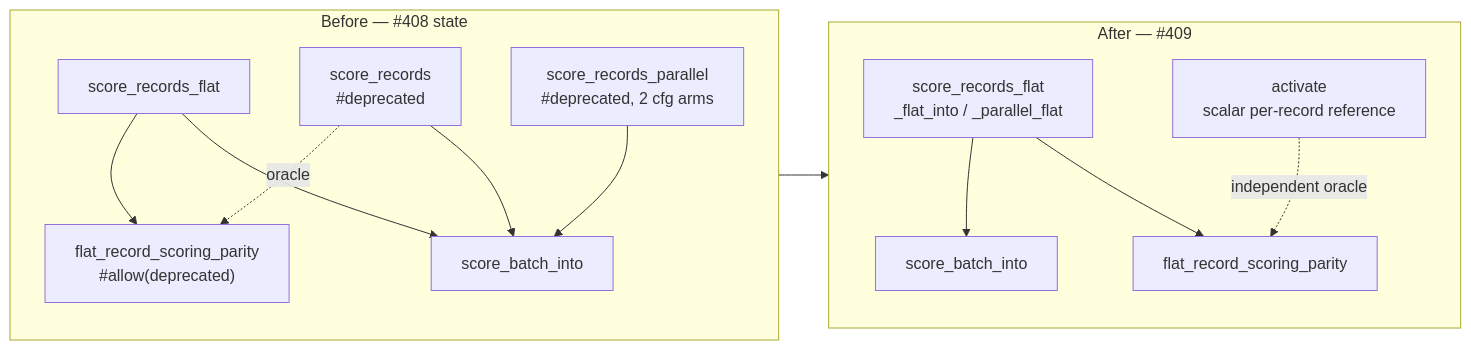
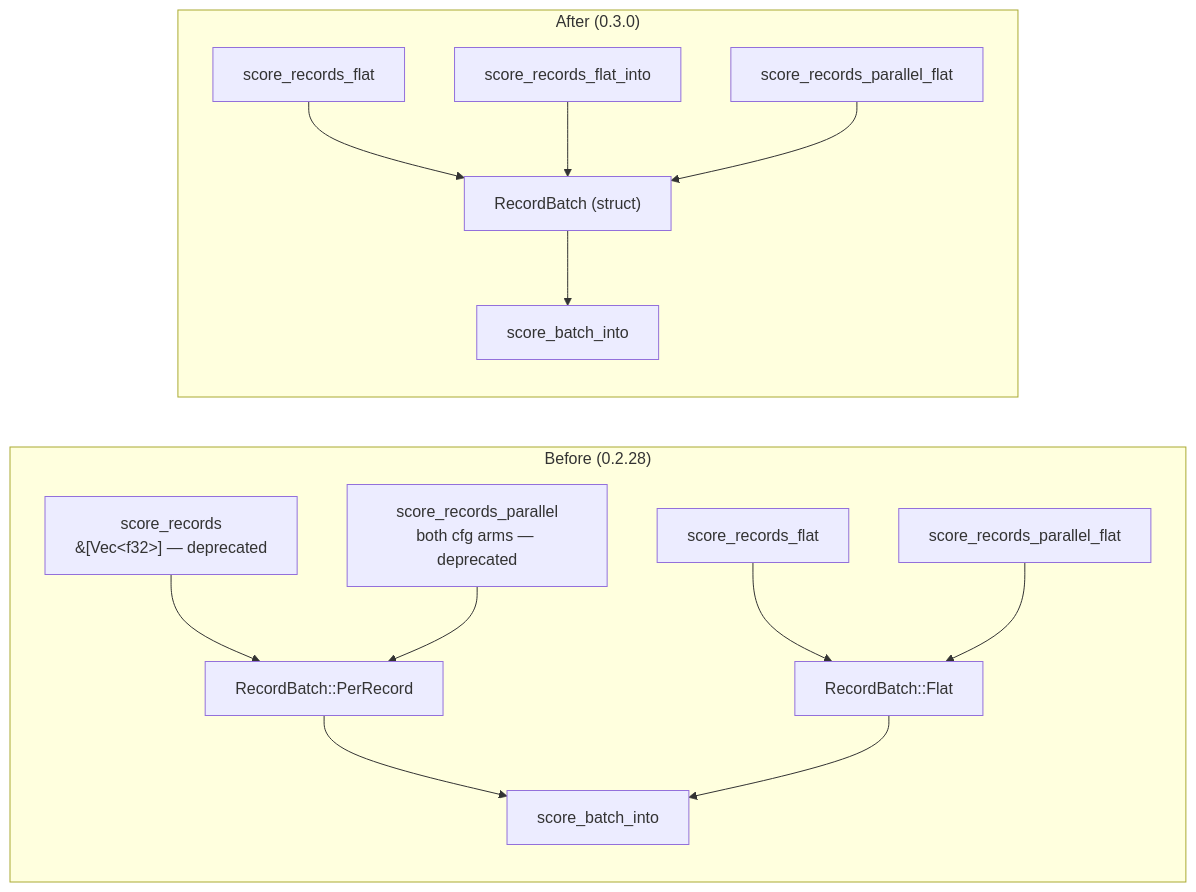
One commit to stSoftwareAU/NEAT-AI-core changed the diagram in docs/archive/pr-summaries/pr-summary-409.md. Above: the diagram before and after it, drawn with Mermaid. The commit also changed other lines of this file, not shown here.

````diff
--- a/docs/archive/pr-summaries/pr-summary-409.md
+++ b/docs/archive/pr-summaries/pr-summary-409.md
@@ -56,16 +34,17 @@
 ```mermaid
 flowchart LR
-    subgraph Before["Before — #408 state"]
-        A1["score_records_flat"] --> K1["score_batch_into"]
-        B1["score_records<br/>#deprecated"] --> K1
-        C1["score_records_parallel<br/>#deprecated, 2 cfg arms"] --> K1
-        B1 -.->|oracle| T1["flat_record_scoring_parity<br/>#allow(deprecated)"]
-        A1 --> T1
+    subgraph Before["Before (0.2.28)"]
+        A1["score_records<br/>&amp;[Vec&lt;f32&gt;] — deprecated"] --> B1["RecordBatch::PerRecord"]
+        A2["score_records_parallel<br/>both cfg arms — deprecated"] --> B1
+        A3[score_records_flat] --> B2["RecordBatch::Flat"]
+        A4[score_records_parallel_flat] --> B2
+        B1 --> C1[score_batch_into]
+        B2 --> C1
     end
-    subgraph After["After — #409"]
-        A2["score_records_flat<br/>_flat_into / _parallel_flat"] --> K2["score_batch_into"]
-        A2 --> T2["flat_record_scoring_parity"]
-        R2["activate<br/>scalar per-record reference"] -.->|independent oracle| T2
+    subgraph After["After (0.3.0)"]
+        D1[score_records_flat] --> E1["RecordBatch (struct)"]
+        D2[score_records_flat_into] --> E1
+        D3[score_records_parallel_flat] --> E1
+        E1 --> F1[score_batch_into]
     end
-    Before --> After
 ```
````
